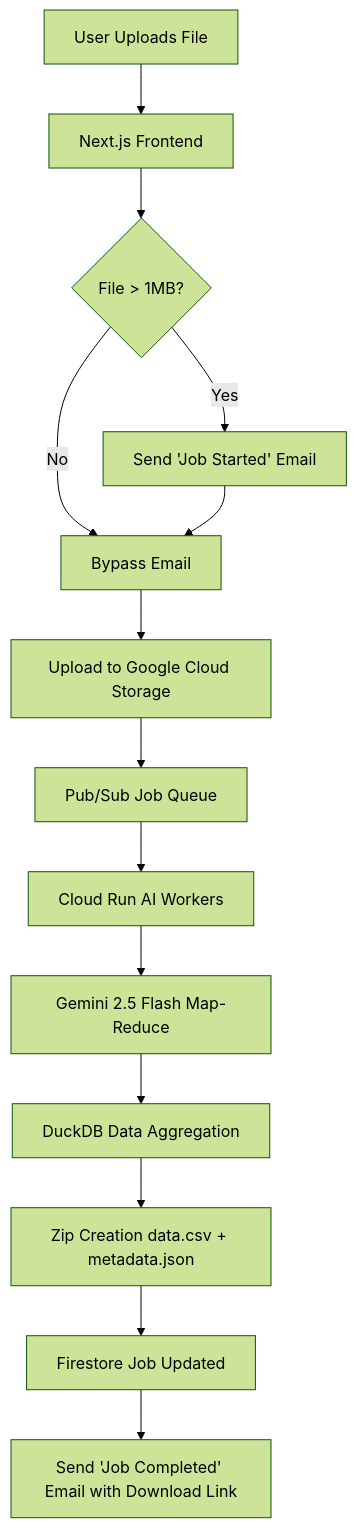
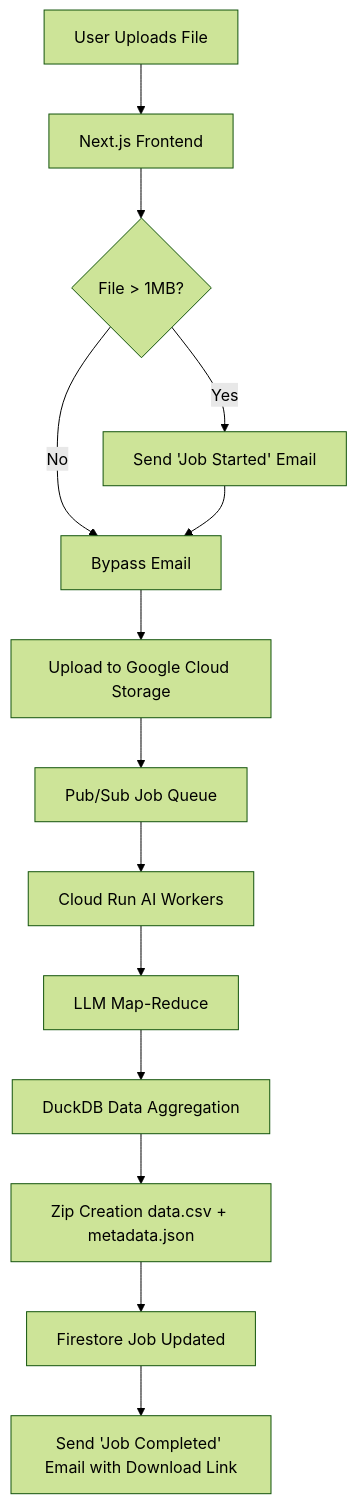
Before and after one commit to halcyon-past/Structurify: the diagram in README.md, drawn with Mermaid (forest theme). The commit also changed other lines of this file and 6 other files, not shown here.

Commit message:
docs: replace specific mentions of Google Gemini with generic LLM terminology

````diff
--- a/README.md
+++ b/README.md
@@ -40,16 +40,16 @@
 ```mermaid
 graph TD;
     A[User Uploads File] --> B[Next.js Frontend];
     B --> C{File > 1MB?};
     C -- Yes --> D[Send 'Job Started' Email];
     C -- No --> E[Bypass Email];
     D --> E;
     E --> F[Upload to Google Cloud Storage];
     F --> G[Pub/Sub Job Queue];
     G --> H[Cloud Run AI Workers];
-    H --> I[Gemini 2.5 Flash Map-Reduce];
+    H --> I[LLM Map-Reduce];
     I --> J[DuckDB Data Aggregation];
     J --> K[Zip Creation data.csv + metadata.json];
     K --> L[Firestore Job Updated];
     L --> M[Send 'Job Completed' Email with Download Link];
 ```
````
